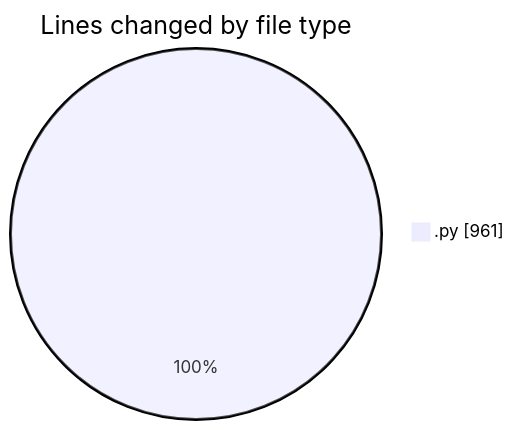
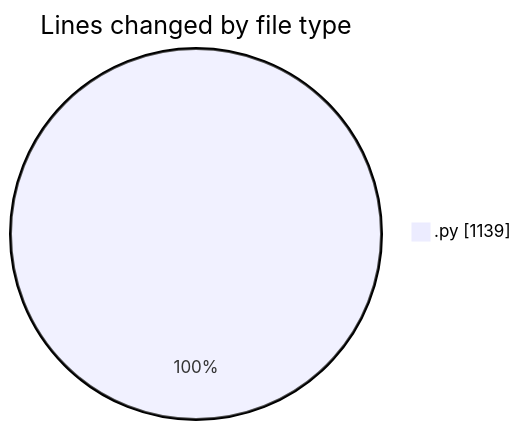
The first of 2 diagrams in 2025-03-26/myws__workspace_/README.md (MatusMokan/code-tracking), drawn with Mermaid before and after one commit. The commit also changed other lines of this file and 1 other file, not shown here.

````diff
--- a/2025-03-26/myws__workspace_/README.md
+++ b/2025-03-26/myws__workspace_/README.md
@@ -20,5 +20,5 @@
 ```mermaid
 pie showData
 title Lines changed by file type
-".py" : 961
+".py" : 1139
 ```
````
